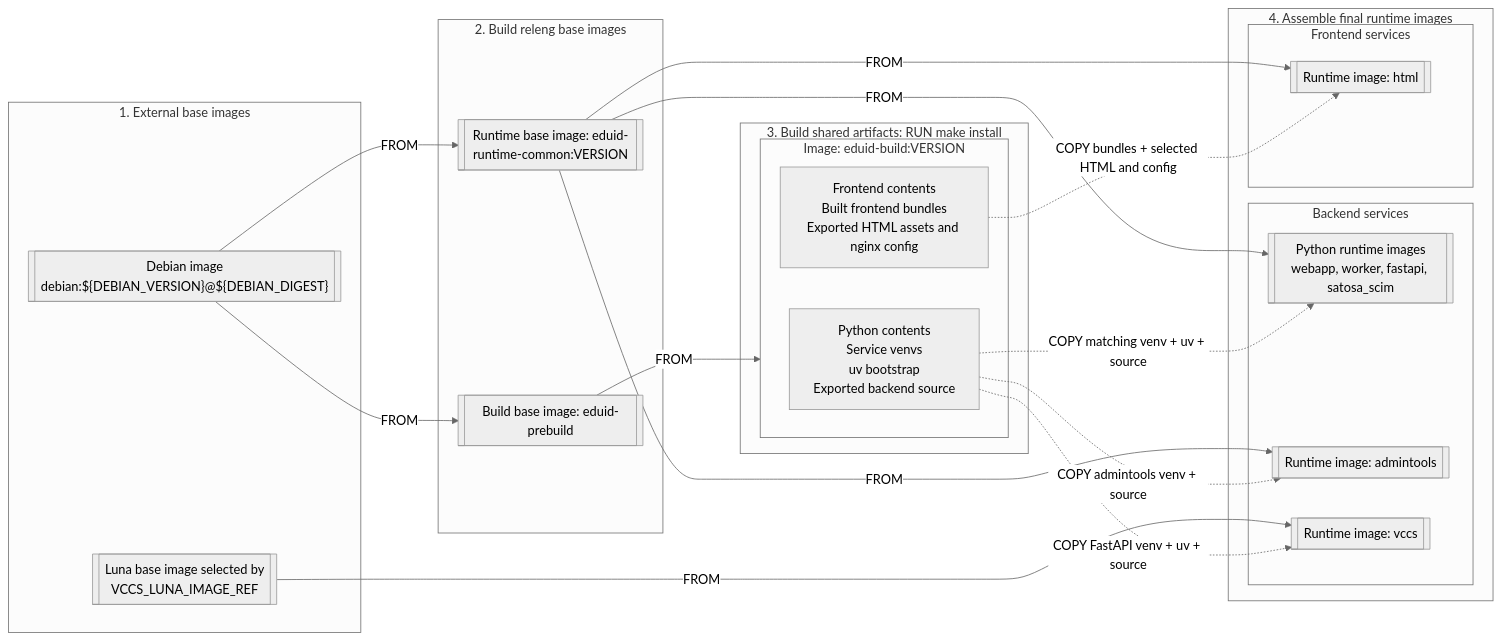
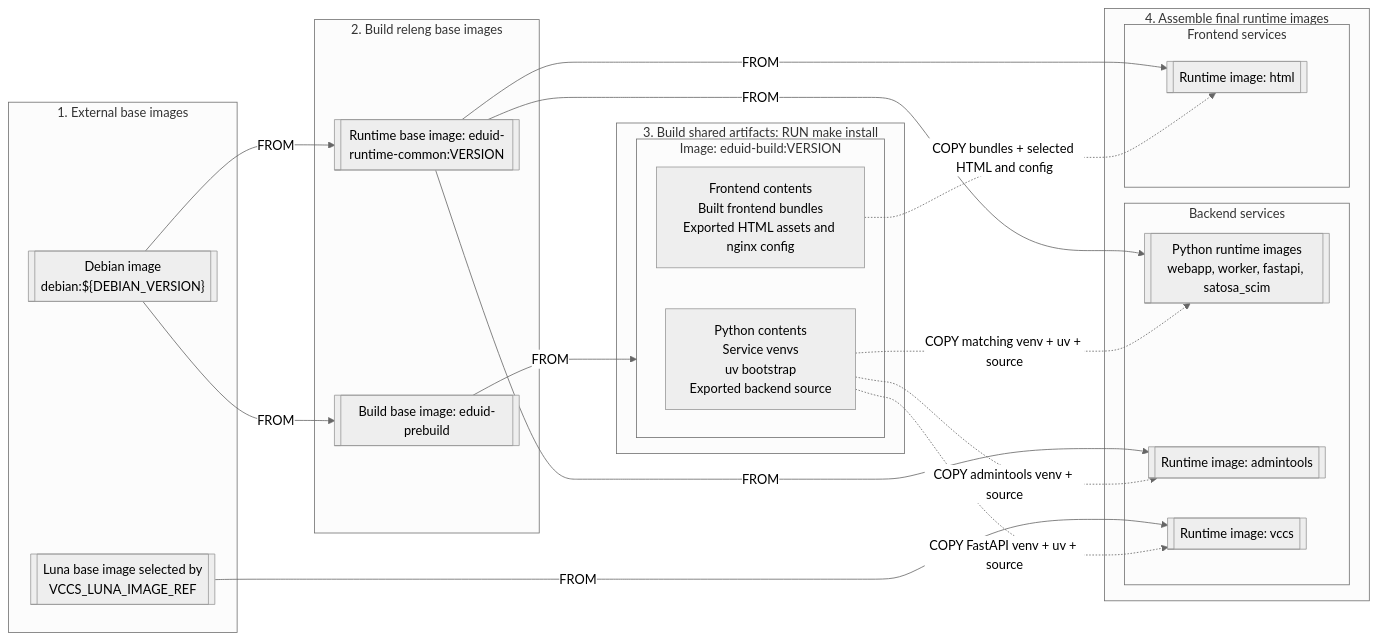
Before and after one commit to SUNET/eduid-releng: the diagram in docs/architecture/artifact-flow.md, drawn with Mermaid (neutral theme). The commit also changed 17 other files, not shown here.

````diff
--- a/docs/architecture/artifact-flow.md
+++ b/docs/architecture/artifact-flow.md
@@ -34,39 +34,39 @@
 ```mermaid
 flowchart LR
 	subgraph EXTERNAL["1. External base images"]
-		Q[["Debian image<br/>debian:${DEBIAN_VERSION}@${DEBIAN_DIGEST}"]]
+		Q[["Debian image<br/>debian:${DEBIAN_VERSION}"]]
 		L[["Luna base image selected by<br/>VCCS_LUNA_IMAGE_REF"]]
 	end
 	subgraph BASES["2. Build releng base images"]
 		T[["Build base image: eduid-prebuild"]]
 		R[["Runtime base image: eduid-runtime-common:VERSION"]]
 	end
 	subgraph ARTIFACTS["3. Build shared artifacts: RUN make install"]
 		subgraph BUILD["Image: eduid-build:VERSION"]
 			B["Python contents<br/>Service venvs<br/>uv bootstrap<br/>Exported backend source"]
 			C["Frontend contents<br/>Built frontend bundles<br/>Exported HTML assets and nginx config"]
 		end
 	end
 	subgraph FINAL["4. Assemble final runtime images"]
 		subgraph BACKEND["Backend services"]
 			P[["Python runtime images<br/>webapp, worker, fastapi, satosa_scim"]]
 			A[["Runtime image: admintools"]]
 			M[["Runtime image: vccs"]]
 		end
 		subgraph FRONTEND["Frontend services"]
 			J[["Runtime image: html"]]
 		end
 	end
 
 	Q -->|FROM| T
 	Q -->|FROM| R
 	T -->|FROM| BUILD
 	R -->|FROM| P
 	R -->|FROM| A
 	R -->|FROM| J
 	L -->|FROM| M
 	B -.->|COPY matching venv + uv + source| P
 	B -.->|COPY admintools venv + source| A
 	B -.->|COPY FastAPI venv + uv + source| M
 	C -.->|COPY bundles + selected HTML and config| J
 ```
````
